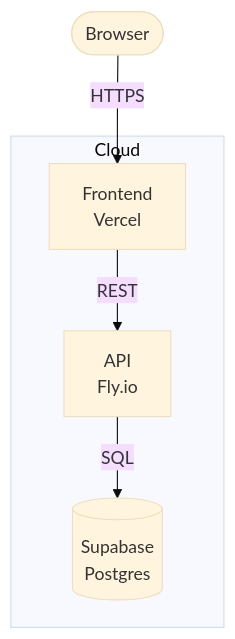
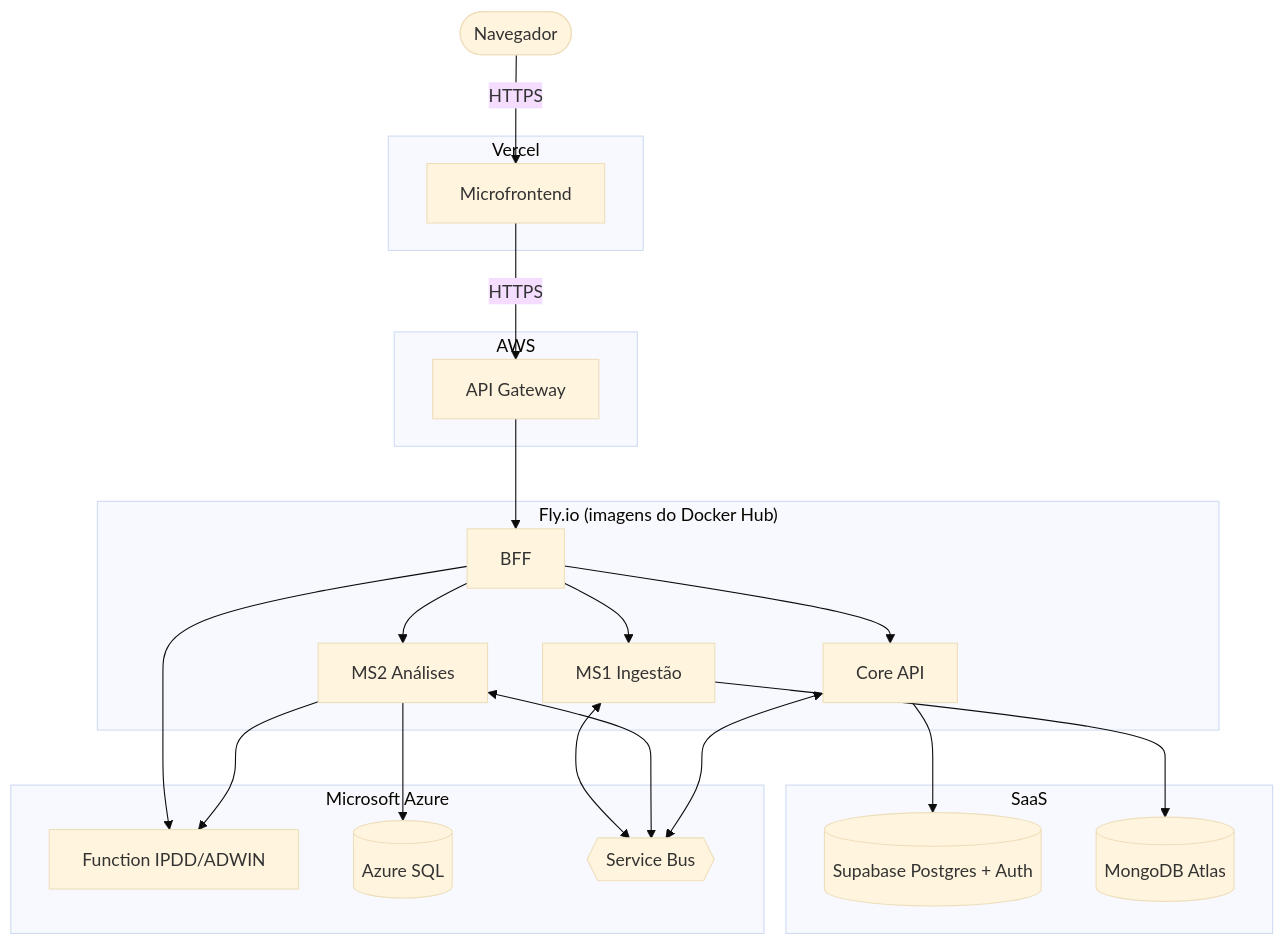
The eighth of 10 diagrams in architecture/arc42.md (aland3r/deviante-docs), drawn with Mermaid (base theme) before and after one commit. The commit also changed other lines of this file and 4 other files, not shown here.

First line of the commit message:
write full arc42 for the cloud target architecture

````diff
--- a/architecture/arc42.md
+++ b/architecture/arc42.md
@@ -154,12 +477,34 @@
 ```mermaid
 flowchart TB
-    browser([Browser])
-    subgraph cloud["Cloud"]
-        fe["Frontend<br/>Vercel"]
-        api["API<br/>Fly.io"]
-        db[("Supabase<br/>Postgres")]
+    browser([Navegador])
+    subgraph vercel["Vercel"]
+        fe["Microfrontend"]
+    end
+    subgraph aws["AWS"]
+        gw["API Gateway"]
+    end
+    subgraph fly["Fly.io (imagens do Docker Hub)"]
+        bff["BFF"]
+        core["Core API"]
+        ms1["MS1 Ingestão"]
+        ms2["MS2 Análises"]
+    end
+    subgraph azure["Microsoft Azure"]
+        fn["Function IPDD/ADWIN"]
+        sql[("Azure SQL")]
+        bus{{"Service Bus"}}
+    end
+    subgraph saas["SaaS"]
+        supa[("Supabase Postgres + Auth")]
+        mongo[("MongoDB Atlas")]
     end
     browser -->|HTTPS| fe
-    fe -->|REST| api
-    api -->|SQL| db
+    fe -->|HTTPS| gw --> bff
+    bff --> core & ms1 & ms2
+    bff --> fn
+    ms2 --> fn
+    core --> supa
+    ms1 --> mongo
+    ms2 --> sql
+    ms1 & ms2 & core <--> bus
 ```
````
